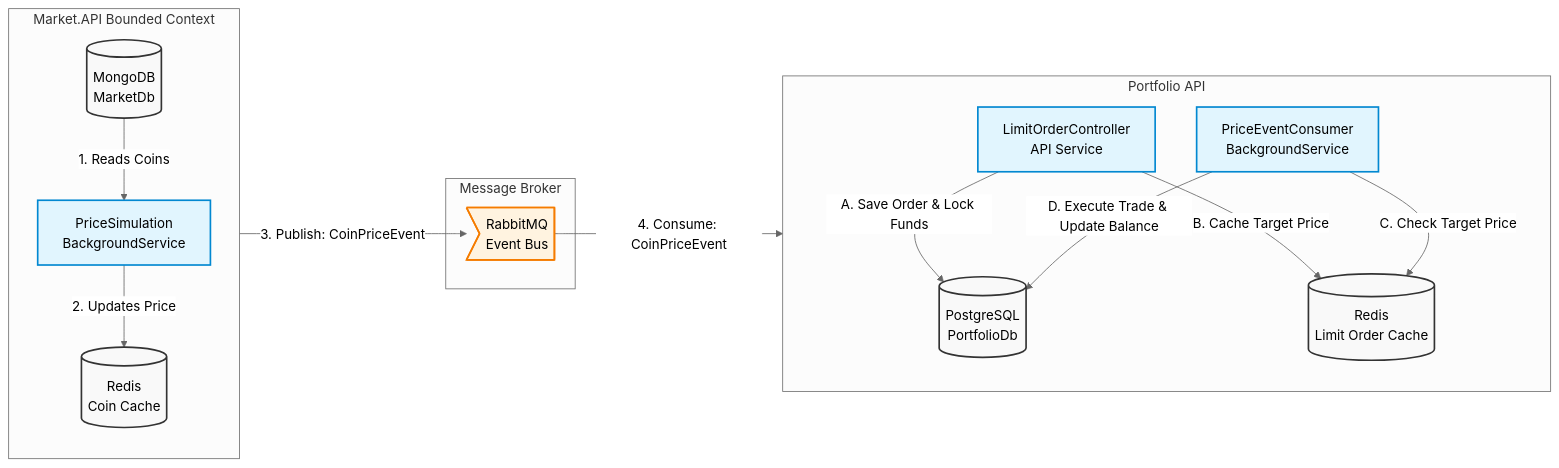
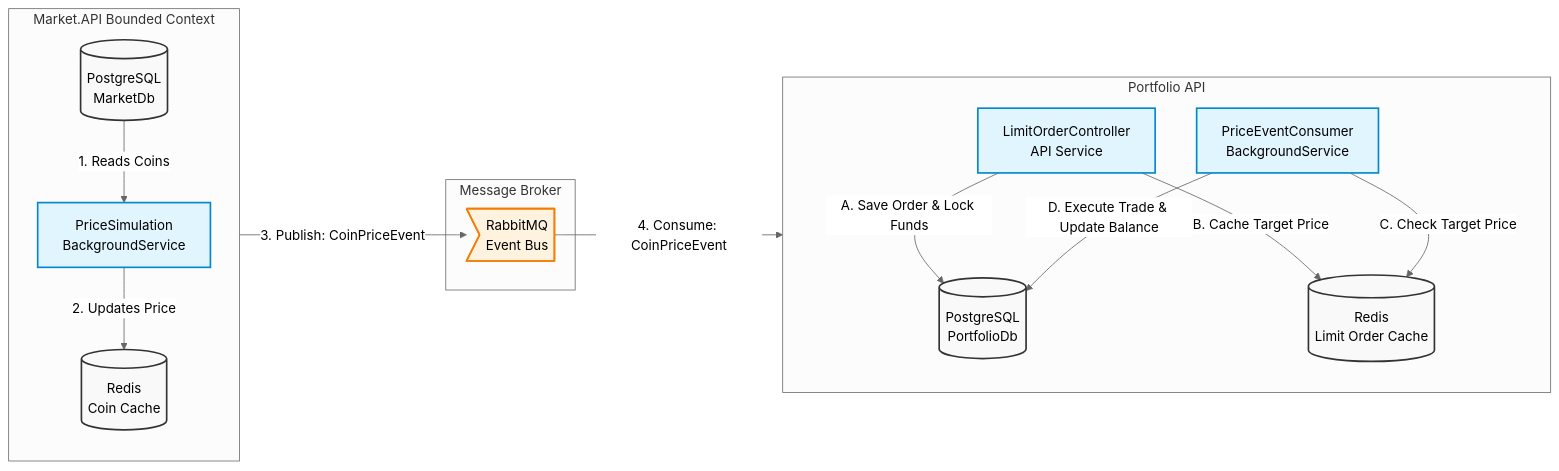
Before and after one commit to ibrahimkabadayi/CryptoMarket: the second of 2 diagrams in README.md, drawn with Mermaid (neutral theme). The commit also changed other lines of this file and 8 other files, not shown here.

````diff
--- a/README.md
+++ b/README.md
@@ -72,42 +93,42 @@
 ```mermaid
 graph LR
     subgraph Market API [Market.API Bounded Context]
         direction TB
-        MarketMongo[(MongoDB<br/>MarketDb)]
+        MarketPg[(PostgreSQL<br/>MarketDb)]
         MarketRedis[(Redis<br/>Coin Cache)]
         PriceSim[PriceSimulation<br/>BackgroundService]
 
-        MarketMongo -->|1. Reads Coins| PriceSim
+        MarketPg -->|1. Reads Coins| PriceSim
         PriceSim -->|2. Updates Price| MarketRedis
     end
 
     subgraph Message Broker
         RMQ>RabbitMQ<br/>Event Bus]
     end
 
     PriceSim -->|3. Publish: CoinPriceEvent| RMQ
 
     subgraph Portfolio API
         direction TB
         PortPgSQL[(PostgreSQL<br/>PortfolioDb)]
         PortRedis[(Redis<br/>Limit Order Cache)]
         OrderSvc[LimitOrderController<br/>API Service]
         Consumer[PriceEventConsumer<br/>BackgroundService]
 
         OrderSvc -->|A. Save Order & Lock Funds| PortPgSQL
         OrderSvc -->|B. Cache Target Price| PortRedis
 
         Consumer -->|C. Check Target Price| PortRedis
         Consumer -->|D. Execute Trade & Update Balance| PortPgSQL
     end
 
     RMQ -->|4. Consume: CoinPriceEvent| Consumer
     
     classDef database fill:#f9f9f9,stroke:#333,stroke-width:2px;
     classDef service fill:#e1f5fe,stroke:#0288d1,stroke-width:2px;
     classDef broker fill:#fff3e0,stroke:#f57c00,stroke-width:2px;
     
-    class MarketMongo,MarketRedis,PortPgSQL,PortRedis database;
+    class MarketPg,MarketRedis,PortPgSQL,PortRedis database;
     class PriceSim,OrderSvc,Consumer service;
     class RMQ broker;
 ```
````
